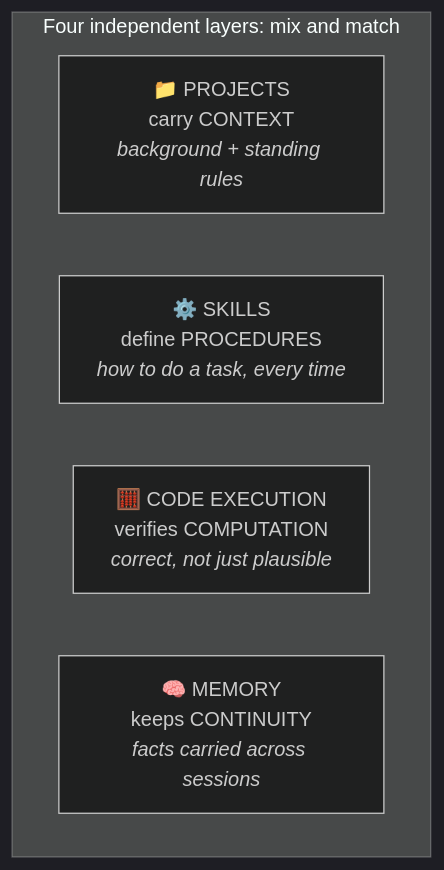
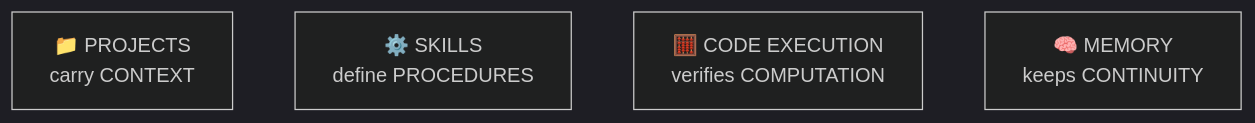
The fourth of 7 diagrams in 008 CCAO- F Certification Prep/Module-1-Platform-and-Model-Foundations.md (saurabhSMS1987/Public_Learning-DE-DS-ML-AI), drawn with Mermaid (dark theme) before and after one commit. The commit also changed other lines of this file and 1 other file, not shown here.

````diff
--- a/008 CCAO- F Certification Prep/Module-1-Platform-and-Model-Foundations.md
+++ b/008 CCAO- F Certification Prep/Module-1-Platform-and-Model-Foundations.md
@@ -196,10 +86,4 @@
 ```mermaid
-flowchart TB
-    subgraph L["Four independent layers: mix and match"]
-    direction LR
-    P["📁 PROJECTS<br/>carry CONTEXT<br/><i>background + standing rules</i>"]
-    S["⚙️ SKILLS<br/>define PROCEDURES<br/><i>how to do a task, every time</i>"]
-    X["🧮 CODE EXECUTION<br/>verifies COMPUTATION<br/><i>correct, not just plausible</i>"]
-    M["🧠 MEMORY<br/>keeps CONTINUITY<br/><i>facts carried across sessions</i>"]
-    end
+flowchart LR
+    P["📁 PROJECTS<br/>carry CONTEXT"] ~~~ S["⚙️ SKILLS<br/>define PROCEDURES"] ~~~ X["🧮 CODE EXECUTION<br/>verifies COMPUTATION"] ~~~ M["🧠 MEMORY<br/>keeps CONTINUITY"]
 ```
````
